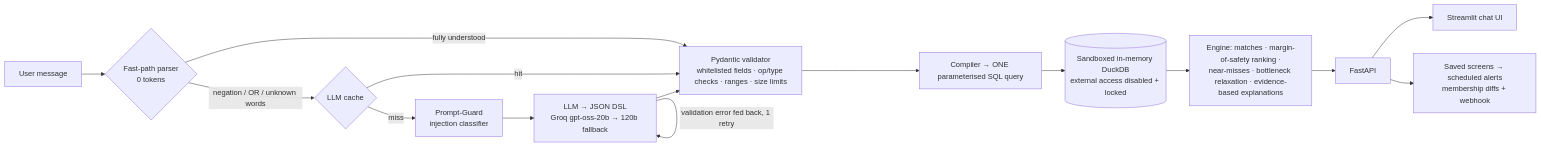
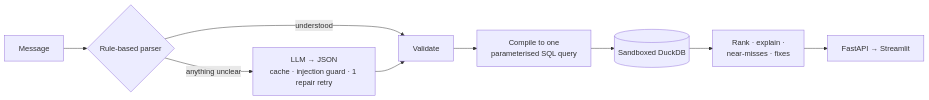
The diagram in README.md (VS1005/Scout-Stock-Screener), drawn with Mermaid before and after one commit. The commit also changed other lines of this file and 15 other files, not shown here.

````diff
--- a/README.md
+++ b/README.md
@@ -15,15 +15,11 @@
 ```mermaid
 flowchart LR
-    U[User message] --> FP{Fast-path parser<br/>0 tokens}
-    FP -- fully understood --> V
-    FP -- negation / OR / unknown words --> C{LLM cache}
-    C -- hit --> V
-    C -- miss --> G[Prompt-Guard<br/>injection classifier] --> L[LLM → JSON DSL<br/>Groq gpt-oss-20b → 120b fallback]
-    L -- validation error fed back, 1 retry --> L
-    L --> V[Pydantic validator<br/>whitelisted fields · op/type checks · ranges · size limits]
-    V --> CO[Compiler → ONE parameterised SQL query]
-    CO --> S[(Sandboxed in-memory DuckDB<br/>external access disabled + locked)]
-    S --> E[Engine: matches · margin-of-safety ranking ·<br/>near-misses · bottleneck relaxation · evidence-based explanations]
-    E --> API[FastAPI] --> UI[Streamlit chat UI]
-    API --> AL[Saved screens → scheduled alerts<br/>membership diffs + webhook]
+    Q[Message] --> F{Rule-based parser}
+    F -- understood --> V[Validate]
+    F -- anything unclear --> L[LLM → JSON<br/>cache · injection guard · 1 repair retry]
+    L --> V
+    V --> C[Compile to one<br/>parameterised SQL query]
+    C --> D[(Sandboxed DuckDB)]
+    D --> E[Rank · explain ·<br/>near-misses · fixes]
+    E --> UI[FastAPI → Streamlit]
 ```
````
